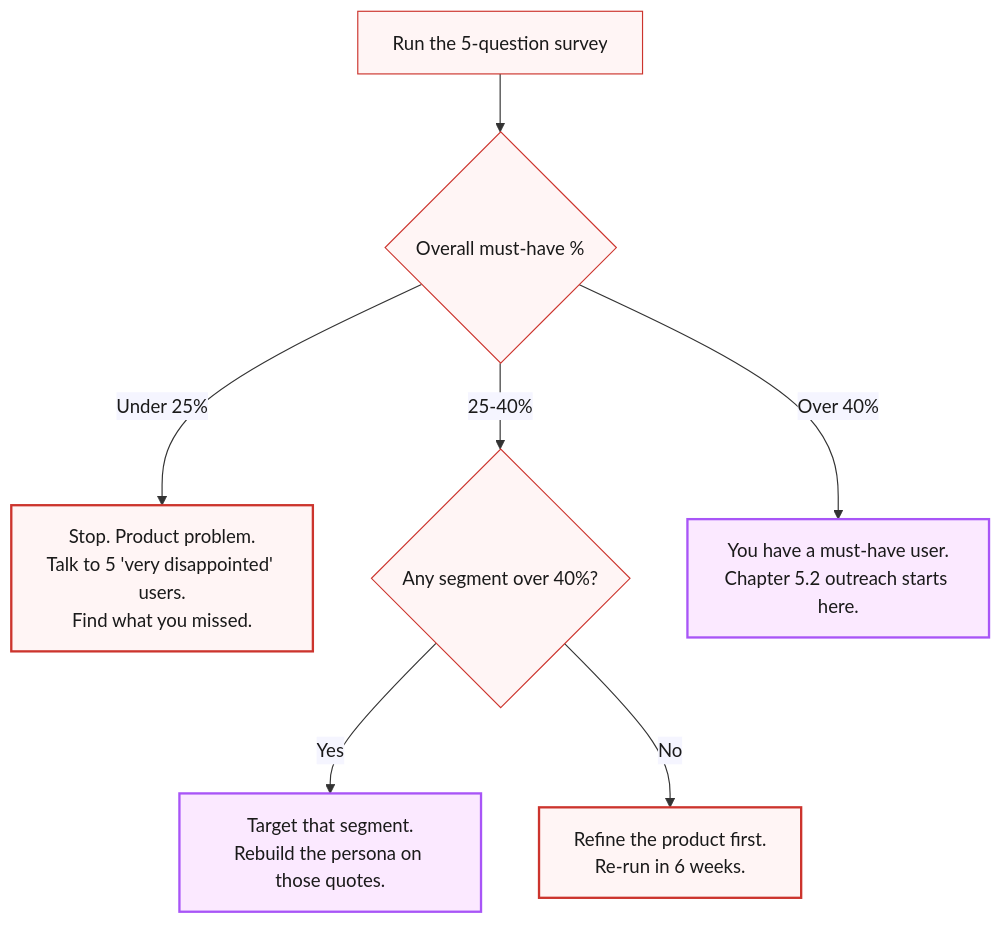
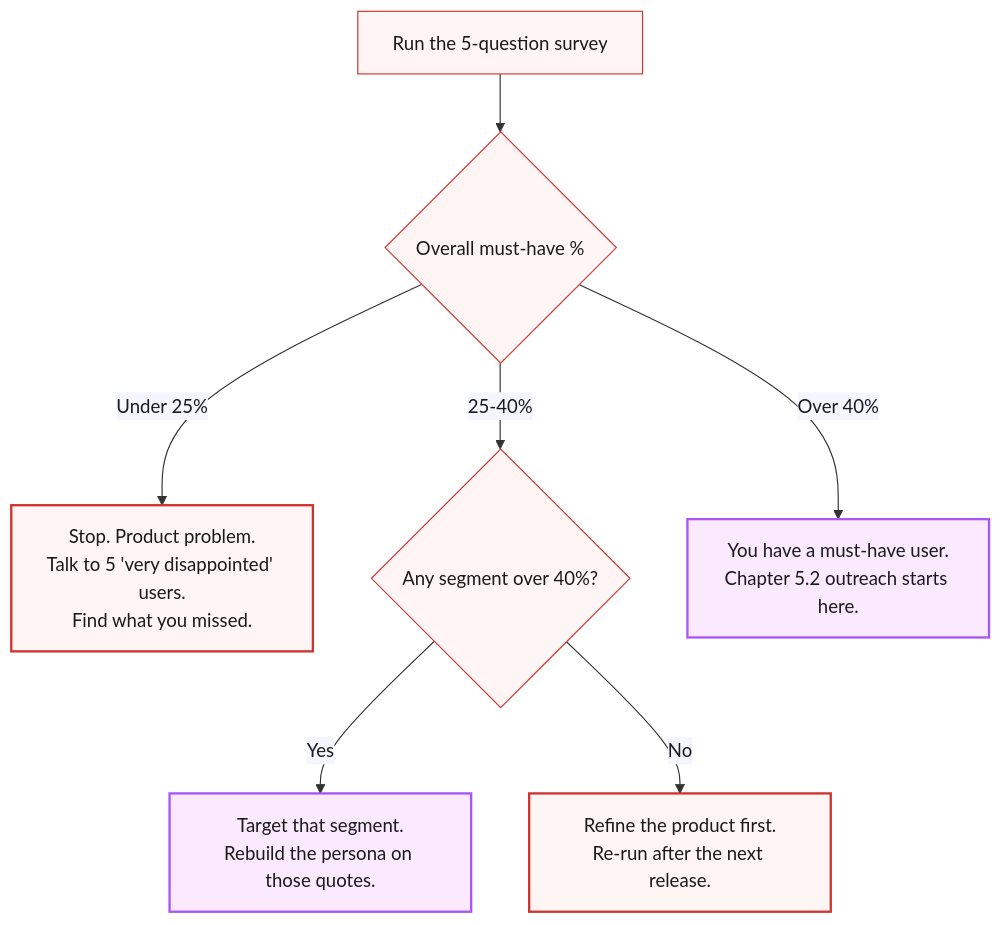
Before and after one commit to jetthoughts/jetthoughts.github.io: the diagram in content/course/tech-for-non-technical-founders-2026/must-have-segment-pmf-test/index.md, drawn with Mermaid. The commit also changed other lines of this file and 25 other files, not shown here.

Commit message:
content(course): AI deep-research — logic-flow, critic sweeps, execution-readiness

````diff
--- a/content/course/tech-for-non-technical-founders-2026/must-have-segment-pmf-test/index.md
+++ b/content/course/tech-for-non-technical-founders-2026/must-have-segment-pmf-test/index.md
@@ -134,14 +135,14 @@
 ```mermaid
 %%{init: {'theme':'base', 'themeVariables': {'fontFamily':'Caveat, Patrick Hand, cursive', 'primaryColor':'#fff5f5', 'primaryBorderColor':'#cc342d', 'lineColor':'#333', 'primaryTextColor':'#1a1a1a'}}}%%
 flowchart TD
     A[Run the 5-question survey] --> B{Overall must-have %}
     B -->|Under 25%| C[Stop. Product problem.<br/>Talk to 5 'very disappointed' users.<br/>Find what you missed.]
     B -->|25-40%| D{Any segment over 40%?}
     B -->|Over 40%| E[You have a must-have user.<br/>Chapter 5.2 outreach starts here.]
     D -->|Yes| F[Target that segment.<br/>Rebuild the persona on those quotes.]
-    D -->|No| G[Refine the product first.<br/>Re-run in 6 weeks.]
+    D -->|No| G[Refine the product first.<br/>Re-run after the next release.]
     classDef redbox fill:#fff5f5,stroke:#cc342d,stroke-width:2px;
     classDef purplebox fill:#fbe9ff,stroke:#a855f7,stroke-width:2px;
     class C,G redbox;
     class E,F purplebox;
 ```
````
